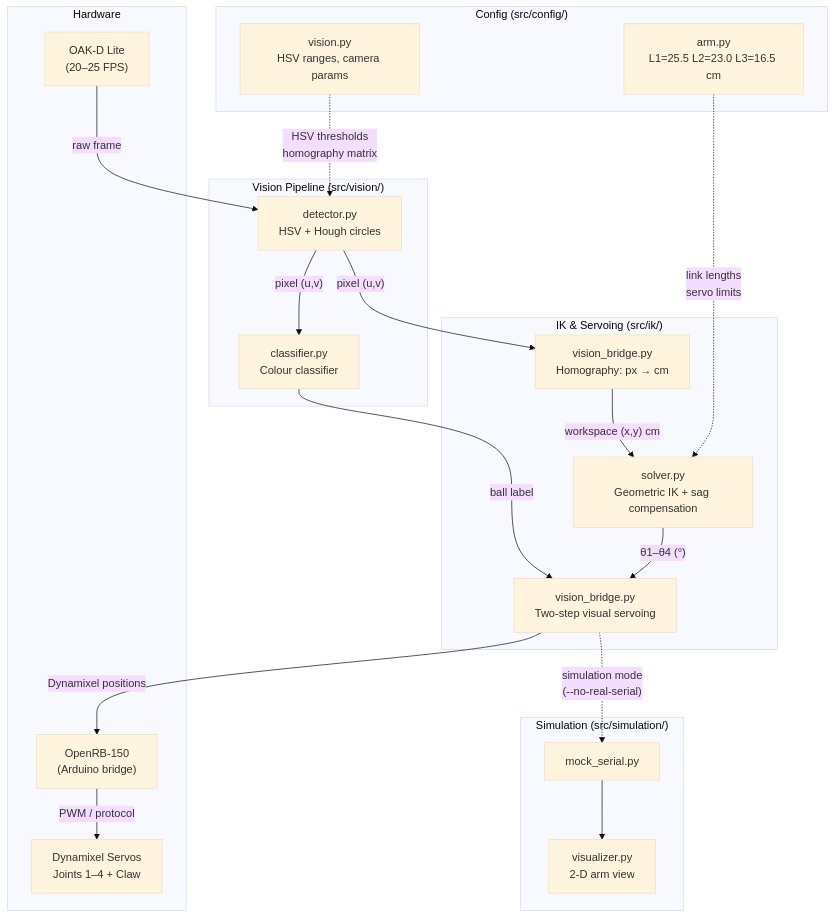
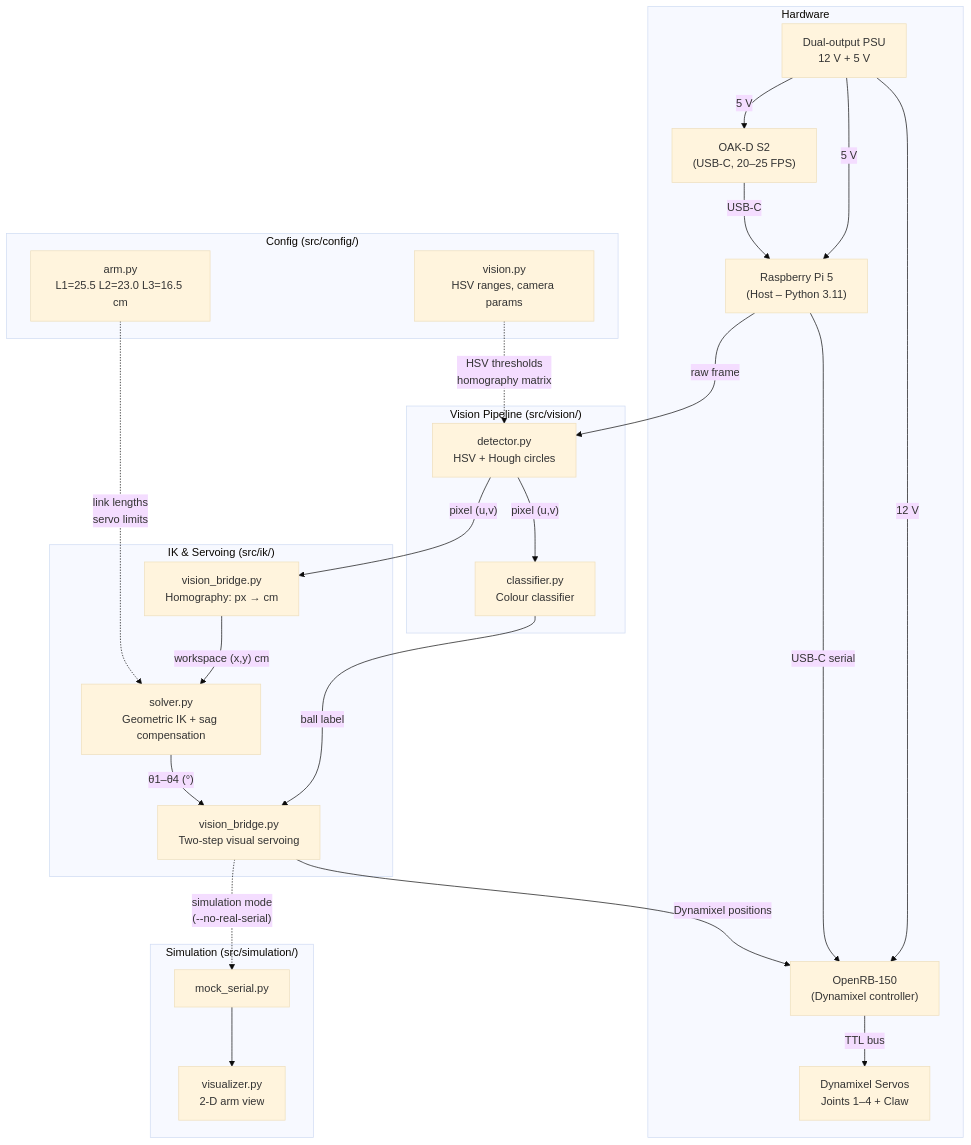
Before and after one commit to saywha90/Bachelor_prosjekt: the diagram in docs/architecture.md, drawn with Mermaid (base theme). The commit also changed other lines of this file and 5 other files, not shown here.

````diff
--- a/docs/architecture.md
+++ b/docs/architecture.md
@@ -14,44 +14,52 @@
 ```mermaid
 flowchart TD
     subgraph Hardware
-        CAM["OAK-D Lite\n(20–25 FPS)"]
-        MCU["OpenRB-150\n(Arduino bridge)"]
+        PI["Raspberry Pi 5\n(Host – Python 3.11)"]
+        CAM["OAK-D S2\n(USB-C, 20–25 FPS)"]
+        MCU["OpenRB-150\n(Dynamixel controller)"]
         SERVO["Dynamixel Servos\nJoints 1–4 + Claw"]
+        PSU["Dual-output PSU\n12 V + 5 V"]
     end
 
     subgraph Vision ["Vision Pipeline (src/vision/)"]
         DET["detector.py\nHSV + Hough circles"]
         CLS["classifier.py\nColour classifier"]
     end
 
     subgraph IK ["IK & Servoing (src/ik/)"]
         HOM["vision_bridge.py\nHomography: px → cm"]
         SOLVER["solver.py\nGeometric IK + sag compensation"]
         SERVO_LOOP["vision_bridge.py\nTwo-step visual servoing"]
     end
 
     subgraph Config ["Config (src/config/)"]
         ARMCFG["arm.py\nL1=25.5 L2=23.0 L3=16.5 cm"]
         VISCFG["vision.py\nHSV ranges, camera params"]
     end
 
     subgraph Sim ["Simulation (src/simulation/)"]
         MOCK["mock_serial.py"]
         VIZ["visualizer.py\n2-D arm view"]
     end
 
-    CAM -->|"raw frame"| DET
+    CAM -->|"USB-C"| PI
+    PI -->|"USB-C serial"| MCU
+    MCU -->|"TTL bus"| SERVO
+    PSU -->|"12 V"| MCU
+    PSU -->|"5 V"| PI
+    PSU -->|"5 V"| CAM
+
+    PI -->|"raw frame"| DET
     DET -->|"pixel (u,v)"| CLS
     DET -->|"pixel (u,v)"| HOM
     CLS -->|"ball label"| SERVO_LOOP
     HOM -->|"workspace (x,y) cm"| SOLVER
     SOLVER -->|"θ1–θ4 (°)"| SERVO_LOOP
     SERVO_LOOP -->|"Dynamixel positions"| MCU
-    MCU -->|"PWM / protocol"| SERVO
 
     ARMCFG -.->|"link lengths\nservo limits"| SOLVER
     VISCFG -.->|"HSV thresholds\nhomography matrix"| DET
 
     SERVO_LOOP -.->|"simulation mode\n(--no-real-serial)"| MOCK
     MOCK --> VIZ
 ```
````
